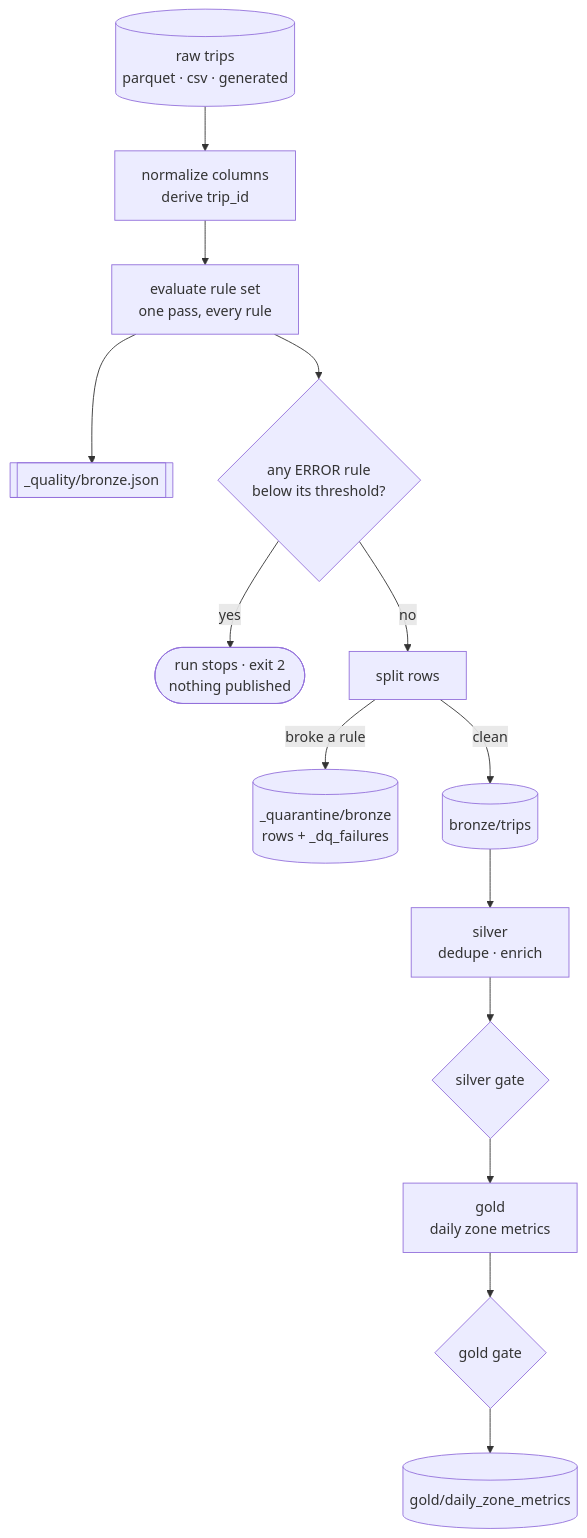
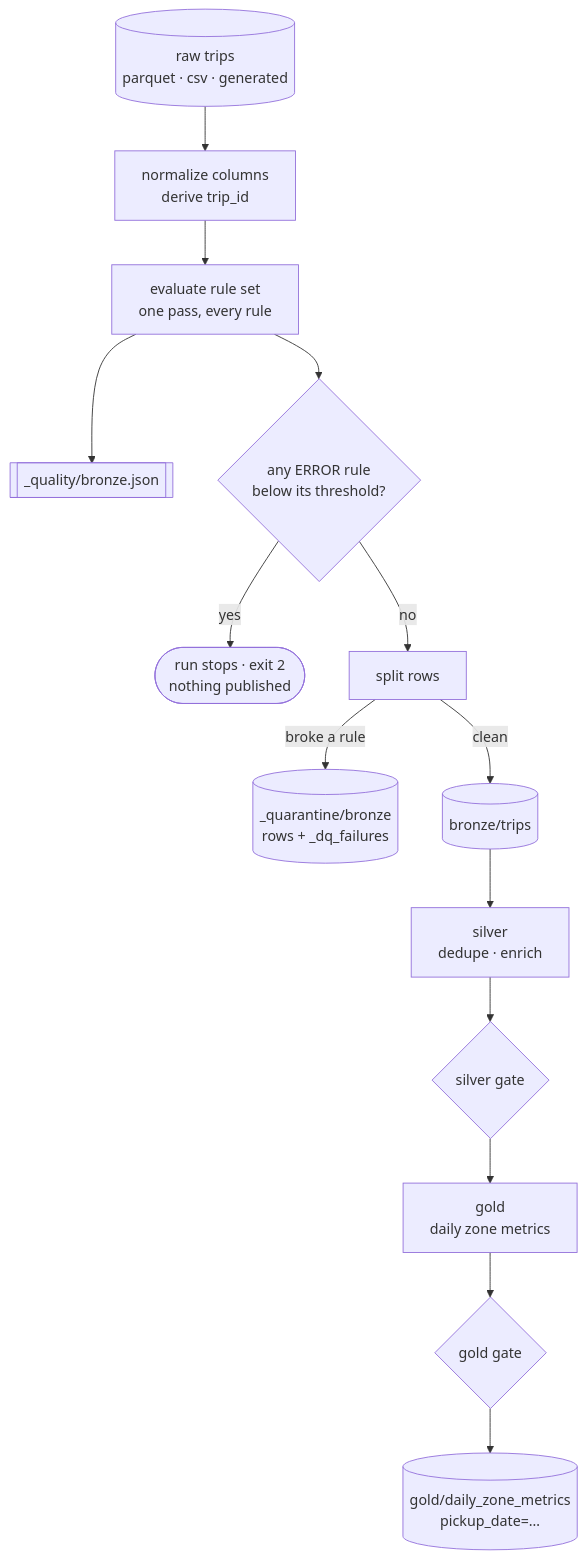
The diagram in README.md (saivarun161/pyspark-airflow-etl), drawn with Mermaid before and after one commit. The commit also changed other lines of this file, not shown here.

````diff
--- a/README.md
+++ b/README.md
@@ -87,17 +87,17 @@
 ```mermaid
 flowchart TD
     RAW[("raw trips<br/>parquet · csv · generated")]
     RAW --> SHAPE["normalize columns<br/>derive trip_id"]
     SHAPE --> EVAL["evaluate rule set<br/>one pass, every rule"]
     EVAL --> REPORT[["_quality/bronze.json"]]
     EVAL --> GATE{"any ERROR rule<br/>below its threshold?"}
     GATE -->|yes| STOP(["run stops · exit 2<br/>nothing published"])
     GATE -->|no| SPLIT["split rows"]
     SPLIT -->|"broke a rule"| QUAR[("_quarantine/bronze<br/>rows + _dq_failures")]
     SPLIT -->|"clean"| BRONZE[("bronze/trips")]
     BRONZE --> SILVER["silver<br/>dedupe · enrich"]
     SILVER --> SGATE{"silver gate"}
     SGATE --> GOLD["gold<br/>daily zone metrics"]
     GOLD --> GGATE{"gold gate"}
-    GGATE --> MART[("gold/daily_zone_metrics")]
+    GGATE --> MART[("gold/daily_zone_metrics<br/>pickup_date=…")]
 ```
````
